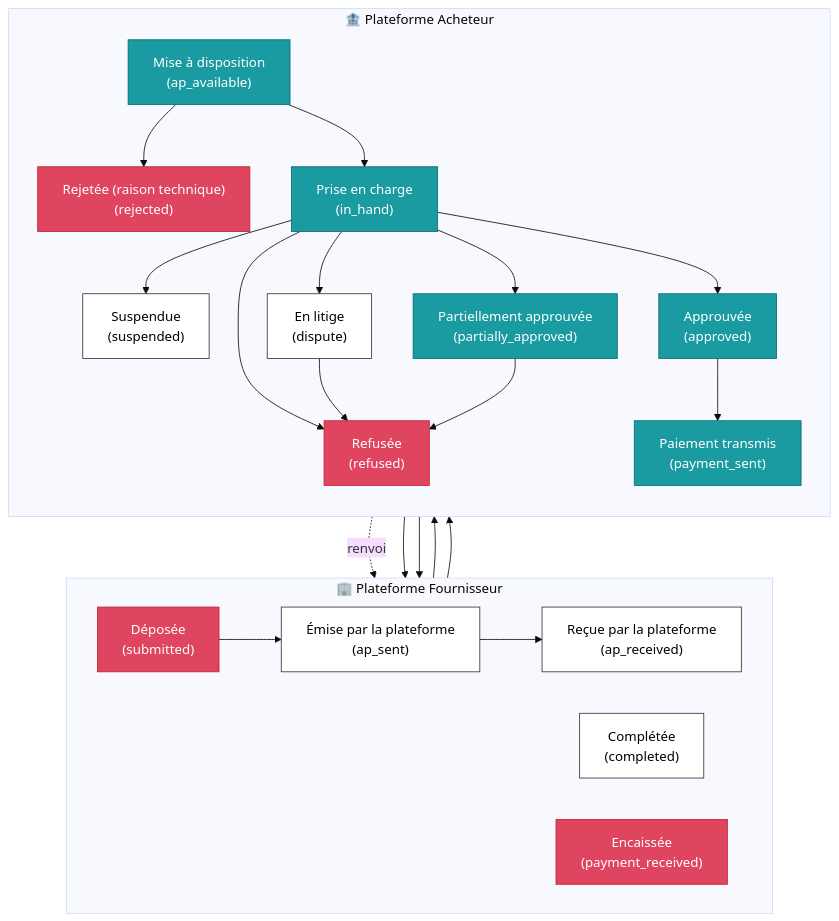
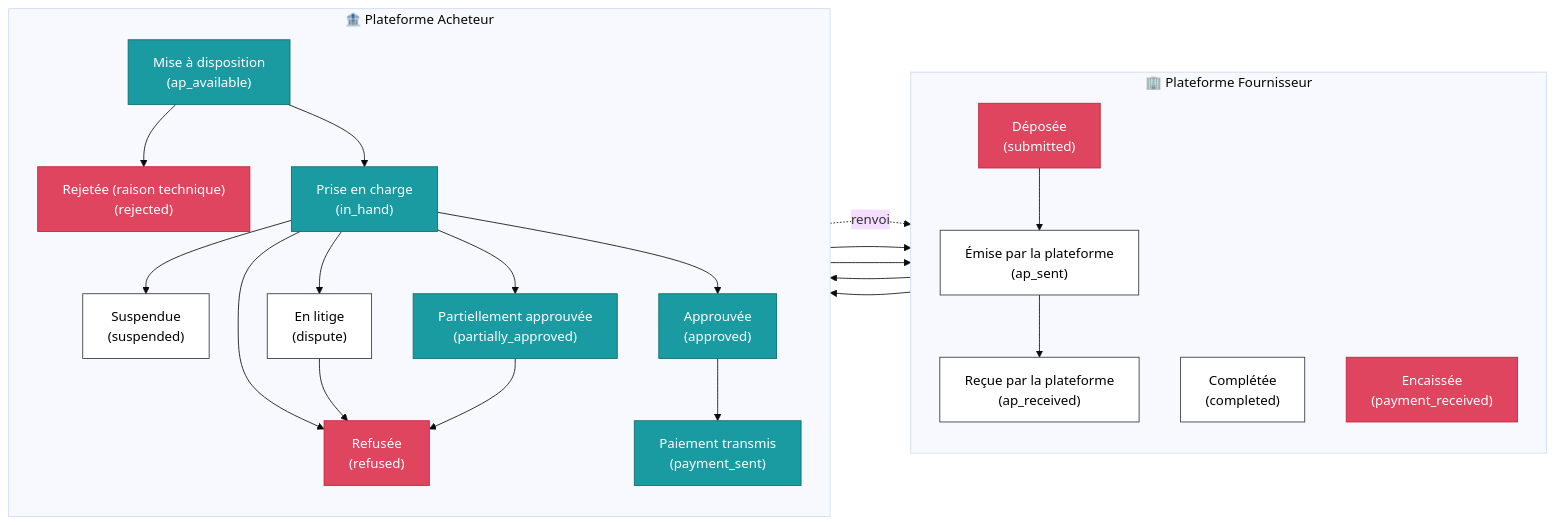
Before and after one commit to yuntux/einvoicing_router: the first of 6 diagrams in spec.md, drawn with Mermaid (base theme).

Commit message:
Passe le schéma de cycle de vie en disposition gauche/droite
Fournisseur -> Acheteur, au lieu d'un empilement vertical
(flowchart LR au lieu de TD).

Claude-Session: https://claude.ai/code/session_01HknPyrng5AuiN62ThRGDqj

````diff
--- a/spec.md
+++ b/spec.md
@@ -16,53 +16,53 @@
 ```mermaid
-flowchart TD
+flowchart LR
     subgraph FOURNISSEUR["🏢 Plateforme Fournisseur"]
-        direction LR
+        direction TB
         submitted["Déposée<br/>(submitted)"]
         ap_sent["Émise par la plateforme<br/>(ap_sent)"]
         ap_received["Reçue par la plateforme<br/>(ap_received)"]
         completed["Complétée<br/>(completed)"]
         payment_received["Encaissée<br/>(payment_received)"]
         submitted --> ap_sent --> ap_received
     end
 
     subgraph ACHETEUR["🏦 Plateforme Acheteur"]
         direction TB
         ap_available["Mise à disposition<br/>(ap_available)"]
         rejected["Rejetée (raison technique)<br/>(rejected)"]
         in_hand["Prise en charge<br/>(in_hand)"]
         suspended["Suspendue<br/>(suspended)"]
         dispute["En litige<br/>(dispute)"]
         approved["Approuvée<br/>(approved)"]
         partially_approved["Partiellement approuvée<br/>(partially_approved)"]
         refused["Refusée<br/>(refused)"]
         payment_sent["Paiement transmis<br/>(payment_sent)"]
 
         ap_available --> rejected
         ap_available --> in_hand
 
         in_hand --> suspended
         in_hand --> dispute
         in_hand --> approved
         in_hand --> partially_approved
         in_hand --> refused
 
         dispute --> refused
         partially_approved --> refused
 
         approved --> payment_sent
     end
 
     ap_received --> ap_available
     rejected -.->|renvoi| submitted
     approved --> completed
     completed --> payment_sent
     payment_sent --> payment_received
 
     classDef obligatoire fill:#e0455f,stroke:#c22233,color:#ffffff
     classDef recommande fill:#1a9ba1,stroke:#0e6b70,color:#ffffff
     classDef autre fill:#ffffff,stroke:#333333,color:#000000
 
     class submitted,rejected,refused,payment_received obligatoire
     class ap_available,in_hand,approved,partially_approved,payment_sent recommande
     class ap_sent,ap_received,completed,suspended,dispute autre
 ```
````
